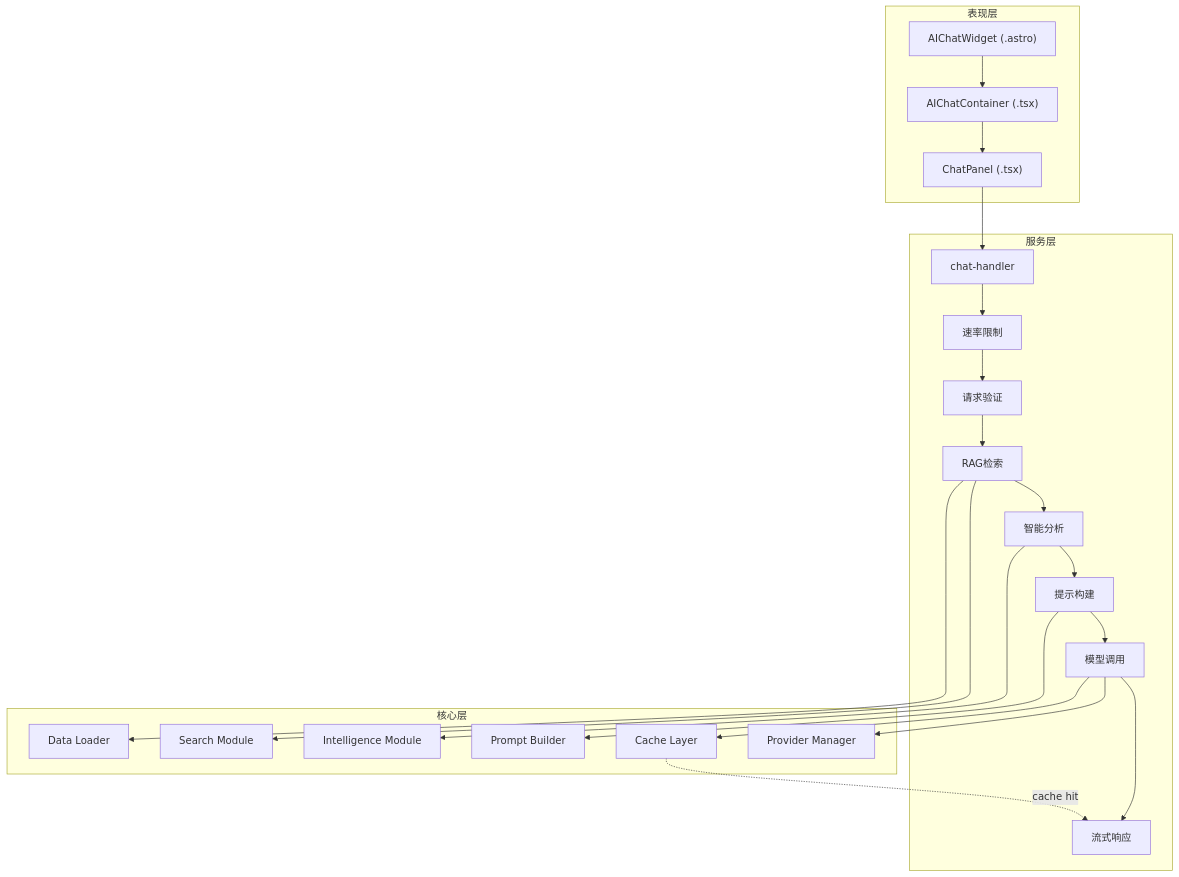
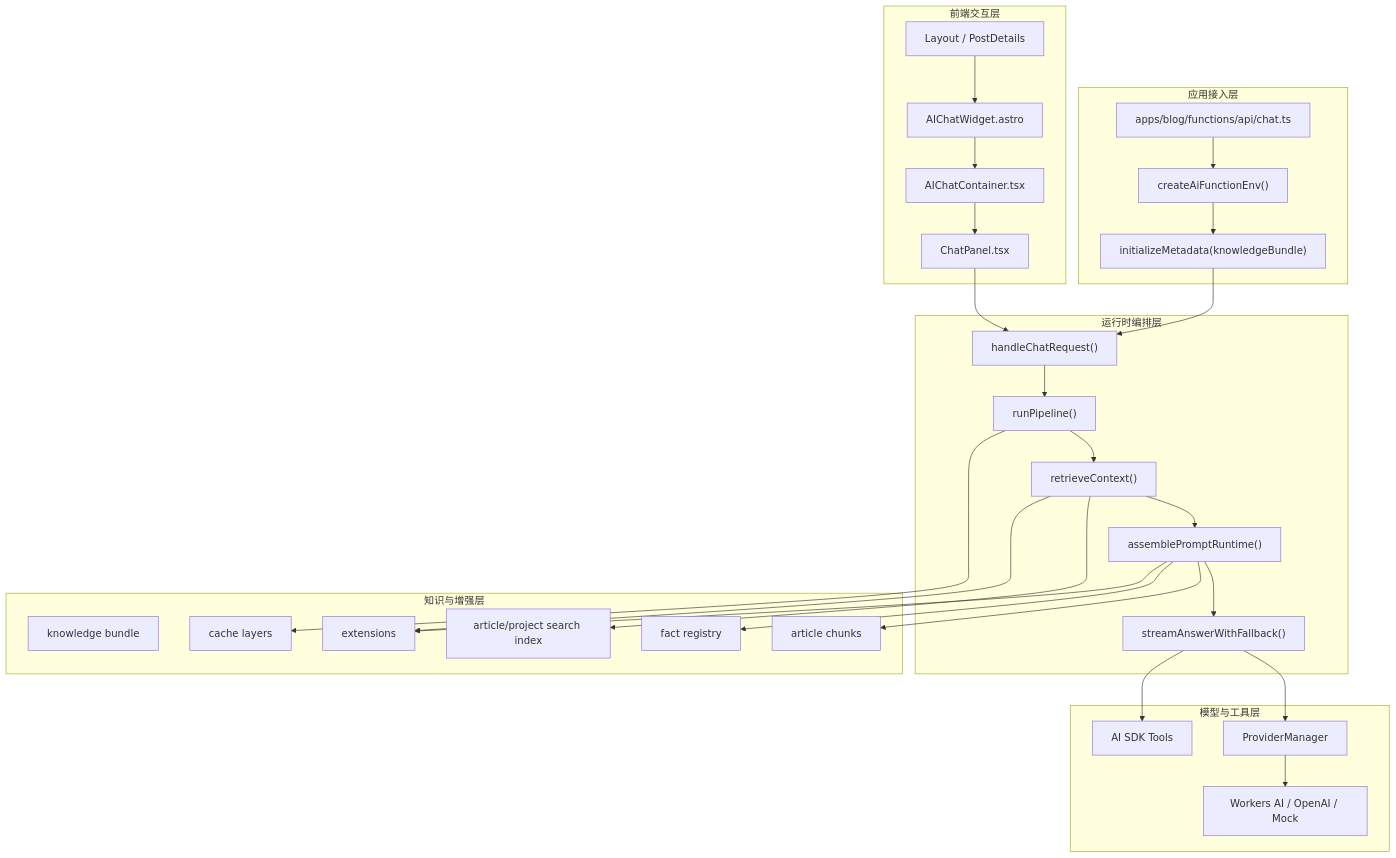
The first of 11 diagrams in apps/blog/src/data/blog/zh/ai-module-architecture.md (souloss/astro-minblog), drawn with Mermaid before and after one commit. The commit also changed other lines of this file, not shown here.

First line of the commit message:
docs(blog): rewrite Chinese AI architecture deep dive

````diff
--- a/apps/blog/src/data/blog/zh/ai-module-architecture.md
+++ b/apps/blog/src/data/blog/zh/ai-module-architecture.md
@@ -225,52 +182,50 @@
 ```mermaid
 flowchart TB
+    subgraph App["应用接入层"]
+        A1["apps/blog/functions/api/chat.ts"]
+        A2["createAiFunctionEnv()"]
+        A3["initializeMetadata(knowledgeBundle)"]
+    end
 
-%% ===================== 表现层 =====================
-subgraph Presentation_Layer["表现层"]
-    UI1["AIChatWidget (.astro)"]
-    UI2["AIChatContainer (.tsx)"]
-    UI3["ChatPanel (.tsx)"]
-end
+    subgraph UI["前端交互层"]
+        U1["Layout / PostDetails"]
+        U2["AIChatWidget.astro"]
+        U3["AIChatContainer.tsx"]
+        U4["ChatPanel.tsx"]
+    end
 
-%% ===================== 服务层 =====================
-subgraph Service_Layer["服务层"]
-    S0["chat-handler"]
+    subgraph Runtime["运行时编排层"]
+        R1["handleChatRequest()"]
+        R2["runPipeline()"]
+        R3["retrieveContext()"]
+        R4["assemblePromptRuntime()"]
+        R5["streamAnswerWithFallback()"]
+    end
 
-    S1["速率限制"]
-    S2["请求验证"]
-    S3["RAG检索"]
-    S4["智能分析"]
-    S5["提示构建"]
-    S6["模型调用"]
-    S7["流式响应"]
-end
+    subgraph Knowledge["知识与增强层"]
+        K1["knowledge bundle"]
+        K2["article/project search index"]
+        K3["article chunks"]
+        K4["fact registry"]
+        K5["extensions"]
+        K6["cache layers"]
+    end
 
-%% ===================== 核心层 =====================
-subgraph Core_Layer["核心层"]
-    C1["Provider Manager"]
-    C2["Search Module"]
-    C3["Intelligence Module"]
-    C4["Prompt Builder"]
-    C5["Cache Layer"]
-    C6["Data Loader"]
-end
+    subgraph Model["模型与工具层"]
+        M1["ProviderManager"]
+        M2["Workers AI / OpenAI / Mock"]
+        M3["AI SDK Tools"]
+    end
 
-%% ===================== 调用链 =====================
-UI1 --> UI2 --> UI3 --> S0
-
-S0 --> S1 --> S2 --> S3 --> S4 --> S5 --> S6 --> S7
-
-%% ===================== 服务层 -> 核心层 =====================
-S3 --> C2
-S3 --> C6
-
-S4 --> C3
-
-S5 --> C4
-
-S6 --> C1
-S6 --> C5
-
-%% ===================== 可选缓存短路 =====================
-C5 -. "cache hit" .-> S7
+    A1 --> A2 --> A3 --> R1
+    U1 --> U2 --> U3 --> U4 --> R1
+    R1 --> R2 --> R3 --> R4 --> R5
+    R3 --> K2
+    R4 --> K3
+    R4 --> K4
+    R3 --> K5
+    R4 --> K5
+    R2 --> K6
+    R5 --> M1 --> M2
+    R5 --> M3
 ```
````
